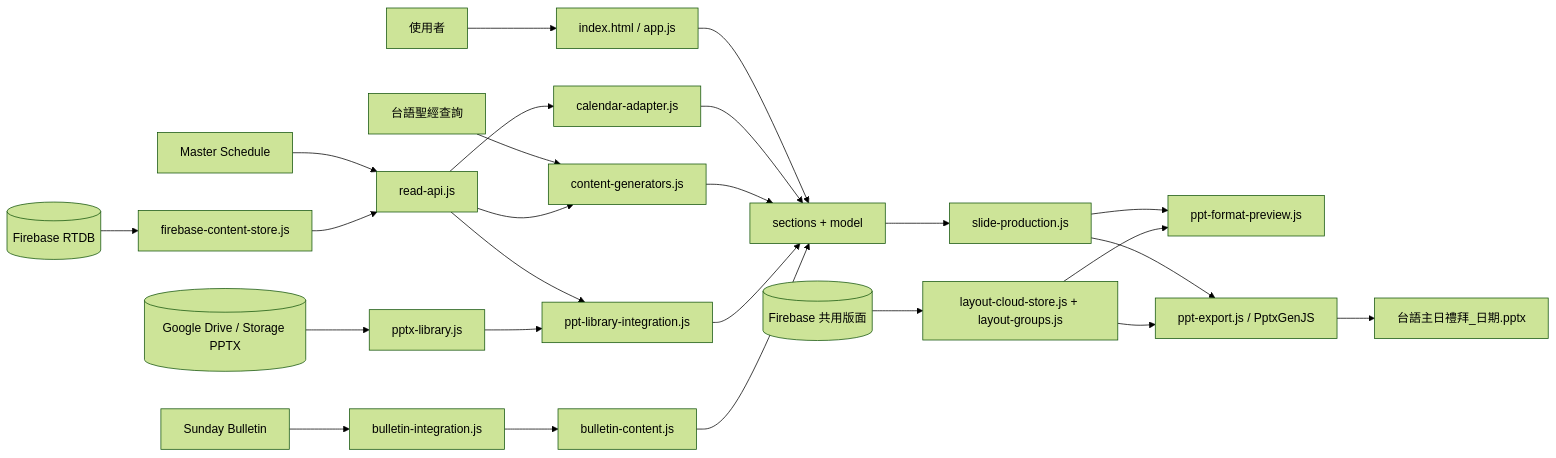
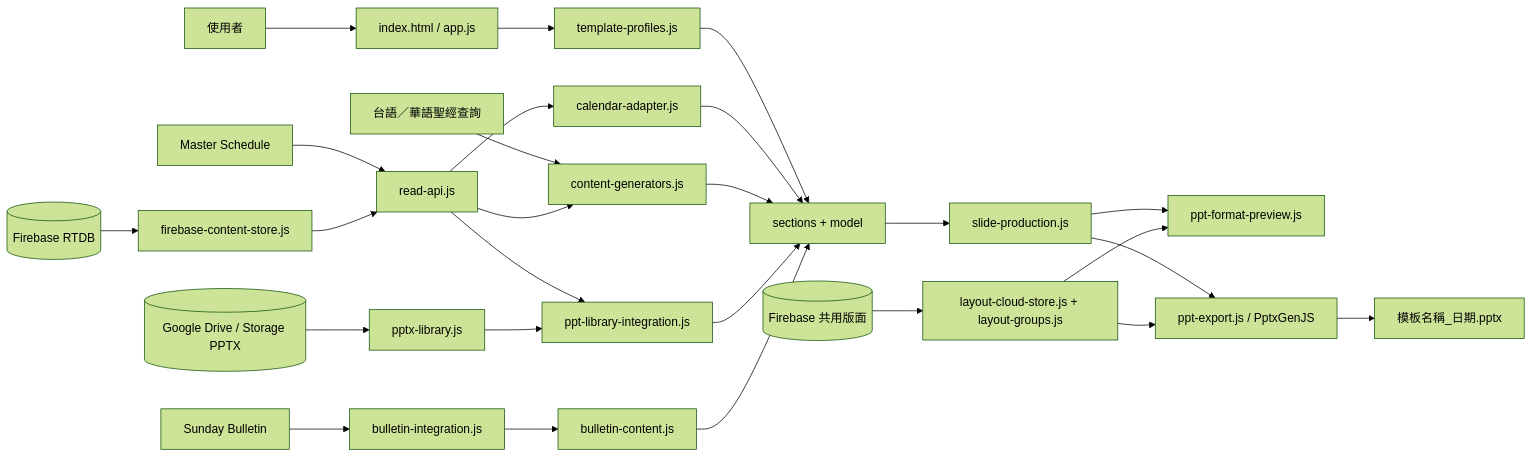
One commit to JirehWang/JirehWang.github.io changed the first of 2 diagrams in apps/LKC_WorshipPPT/ARCHITECTURE.md. Above: the diagram before and after it, drawn with Mermaid (forest theme). The commit also changed other lines of this file and 40 other files, not shown here.

````diff
--- a/apps/LKC_WorshipPPT/ARCHITECTURE.md
+++ b/apps/LKC_WorshipPPT/ARCHITECTURE.md
@@ -33,30 +33,31 @@
 ```mermaid
 flowchart LR
     User[使用者] --> UI[index.html / app.js]
-    UI --> Model[sections + model]
+    UI --> Profile[template-profiles.js]
+    Profile --> Model[sections + model]
 
     Calendar[Master Schedule] --> Read[read-api.js]
     Bulletin[Sunday Bulletin] --> BulletinAdapter[bulletin-integration.js]
     Firebase[(Firebase RTDB)] --> FirebaseRead[firebase-content-store.js]
     Drive[(Google Drive / Storage PPTX)] --> Library[pptx-library.js]
-    Bible[台語聖經查詢] --> Generator[content-generators.js]
+    Bible[台語／華語聖經查詢] --> Generator[content-generators.js]
 
     FirebaseRead --> Read
     Read --> CalendarAdapter[calendar-adapter.js]
     CalendarAdapter --> Model
     Read --> Generator
     Generator --> Model
     Read --> LibraryIntegration[ppt-library-integration.js]
     Library --> LibraryIntegration
     LibraryIntegration --> Model
     BulletinAdapter --> ReportLogic[bulletin-content.js]
     ReportLogic --> Model
 
     Model --> PageComposer[slide-production.js]
     PageComposer --> Preview[ppt-format-preview.js]
     Layout[(Firebase 共用版面)] --> LayoutUI[layout-cloud-store.js + layout-groups.js]
     LayoutUI --> Preview
     PageComposer --> Export[ppt-export.js / PptxGenJS]
     LayoutUI --> Export
-    Export --> PPTX[台語主日禮拜_日期.pptx]
+    Export --> PPTX[模板名稱_日期.pptx]
 ```
````
